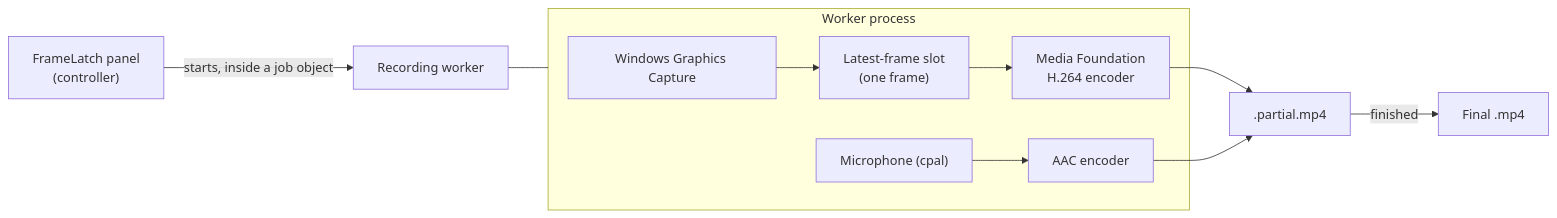
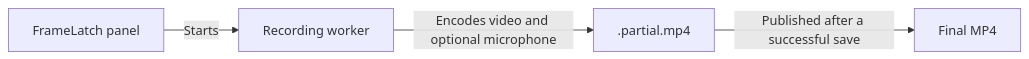
One commit to antonijo01/FrameLatch changed the second of 2 diagrams in README.md. Above: the diagram before and after it, drawn with Mermaid. The commit also changed other lines of this file, not shown here.

Commit message:
Clarify FrameLatch installation and recording recovery

````diff
--- a/README.md
+++ b/README.md
@@ -112,12 +105,6 @@
 ```mermaid
 flowchart LR
-    UI["FrameLatch panel<br/>(controller)"] -- starts, inside a job object --> W["Recording worker"]
-    subgraph W2 [Worker process]
-      C["Windows Graphics Capture"] --> S["Latest-frame slot<br/>(one frame)"] --> E["Media Foundation<br/>H.264 encoder"]
-      M["Microphone (cpal)"] --> A["AAC encoder"]
-    end
-    W --- W2
-    E --> P[".partial.mp4"]
-    A --> P
-    P -- finished --> F["Final .mp4"]
+    UI["FrameLatch panel"] -->|Starts| W["Recording worker"]
+    W -->|Encodes video and optional microphone| P[".partial.mp4"]
+    P -->|Published after a successful save| F["Final MP4"]
 ```
````
